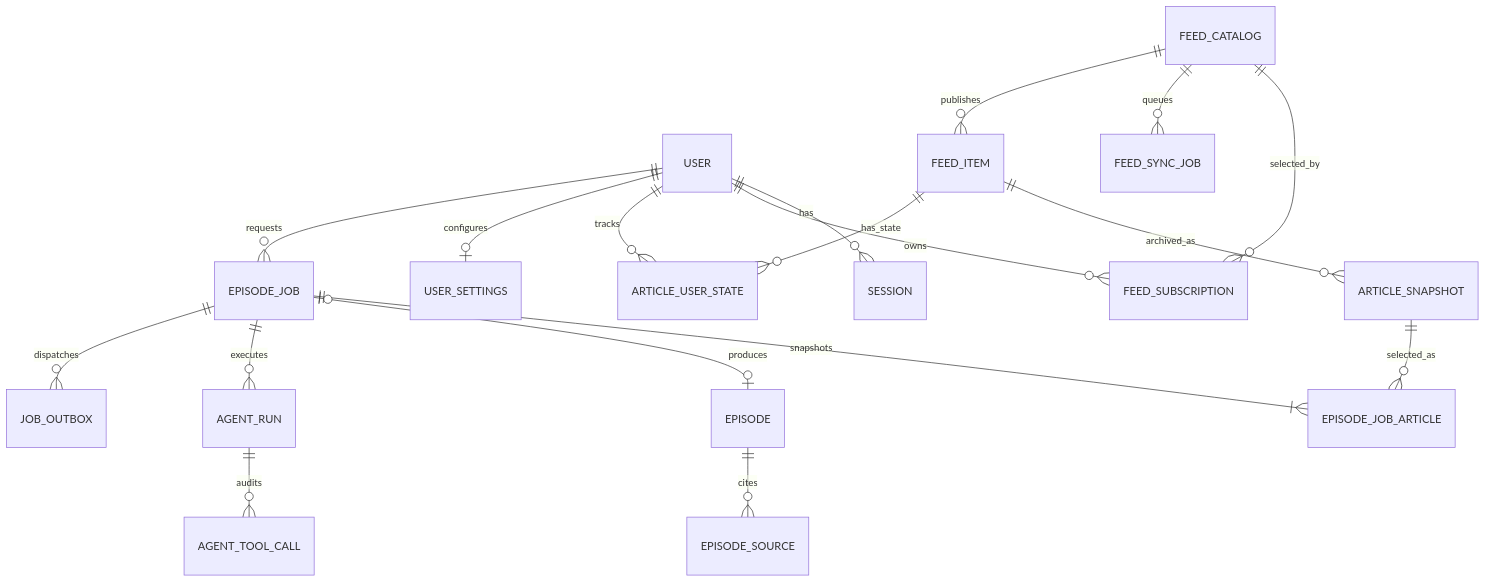
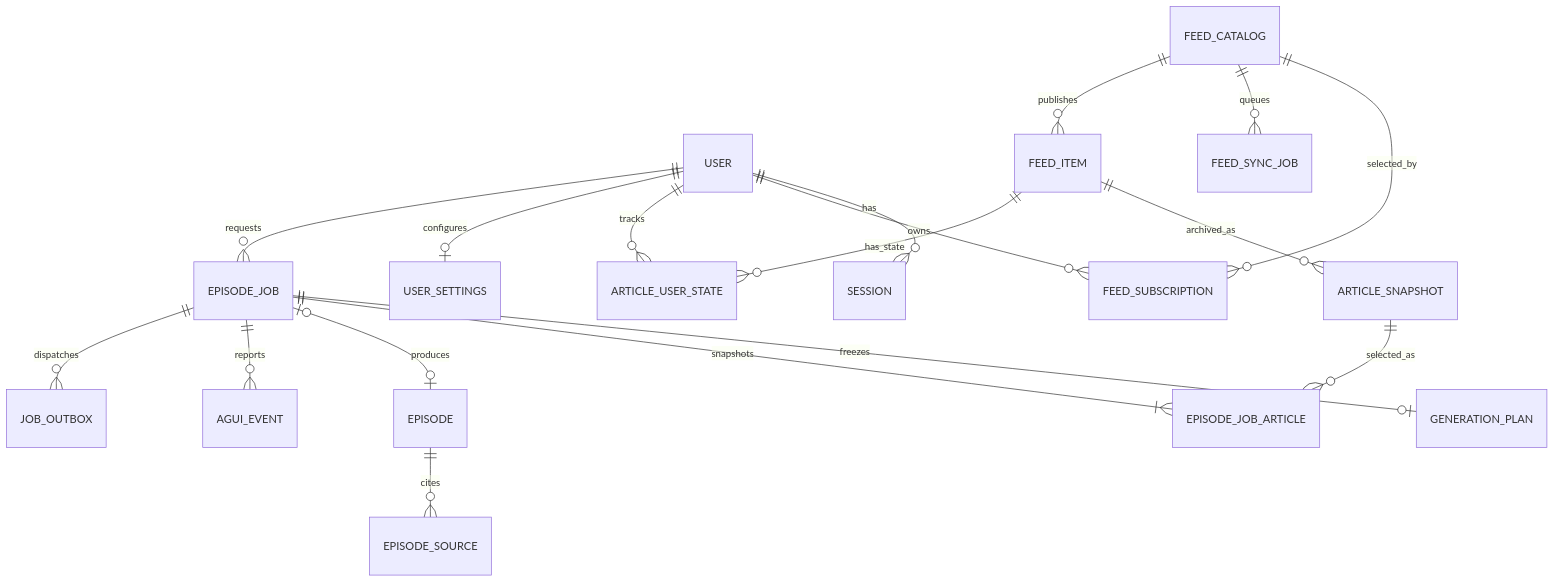
One commit to r4ai/news-podcast changed the eighth of 8 diagrams in docs/architecture.md. Above: the diagram before and after it, drawn with Mermaid. The commit also changed other lines of this file and 189 other files, not shown here.

````diff
--- a/docs/architecture.md
+++ b/docs/architecture.md
@@ -240,20 +245,20 @@
 ```mermaid
 erDiagram
   USER ||--o{ SESSION : has
   USER ||--o{ FEED_SUBSCRIPTION : owns
   FEED_CATALOG ||--o{ FEED_SUBSCRIPTION : selected_by
   FEED_CATALOG ||--o{ FEED_SYNC_JOB : queues
   FEED_CATALOG ||--o{ FEED_ITEM : publishes
   FEED_ITEM ||--o{ ARTICLE_SNAPSHOT : archived_as
   USER ||--o{ ARTICLE_USER_STATE : tracks
   FEED_ITEM ||--o{ ARTICLE_USER_STATE : has_state
   USER ||--o| USER_SETTINGS : configures
   USER ||--o{ EPISODE_JOB : requests
+  EPISODE_JOB ||--o| GENERATION_PLAN : freezes
   EPISODE_JOB ||--|{ EPISODE_JOB_ARTICLE : snapshots
   ARTICLE_SNAPSHOT ||--o{ EPISODE_JOB_ARTICLE : selected_as
   EPISODE_JOB o|--o| EPISODE : produces
   EPISODE ||--o{ EPISODE_SOURCE : cites
-  EPISODE_JOB ||--o{ AGENT_RUN : executes
-  AGENT_RUN ||--o{ AGENT_TOOL_CALL : audits
+  EPISODE_JOB ||--o{ AGUI_EVENT : reports
   EPISODE_JOB ||--o{ JOB_OUTBOX : dispatches
 ```
````
